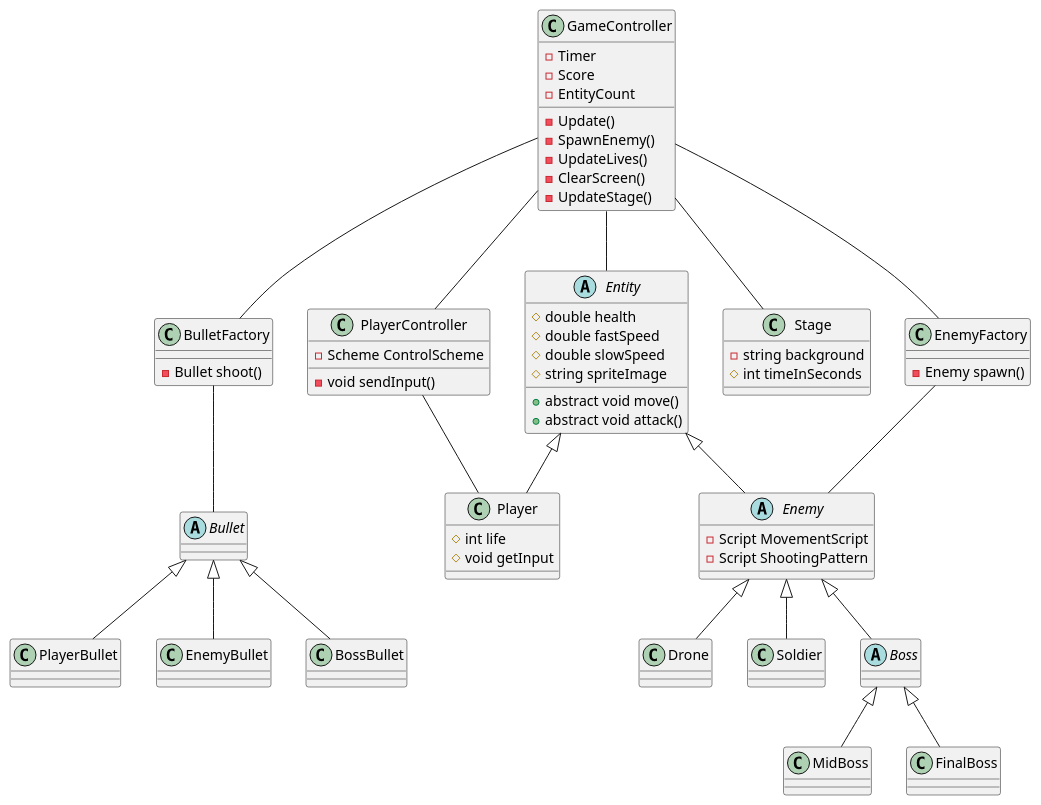
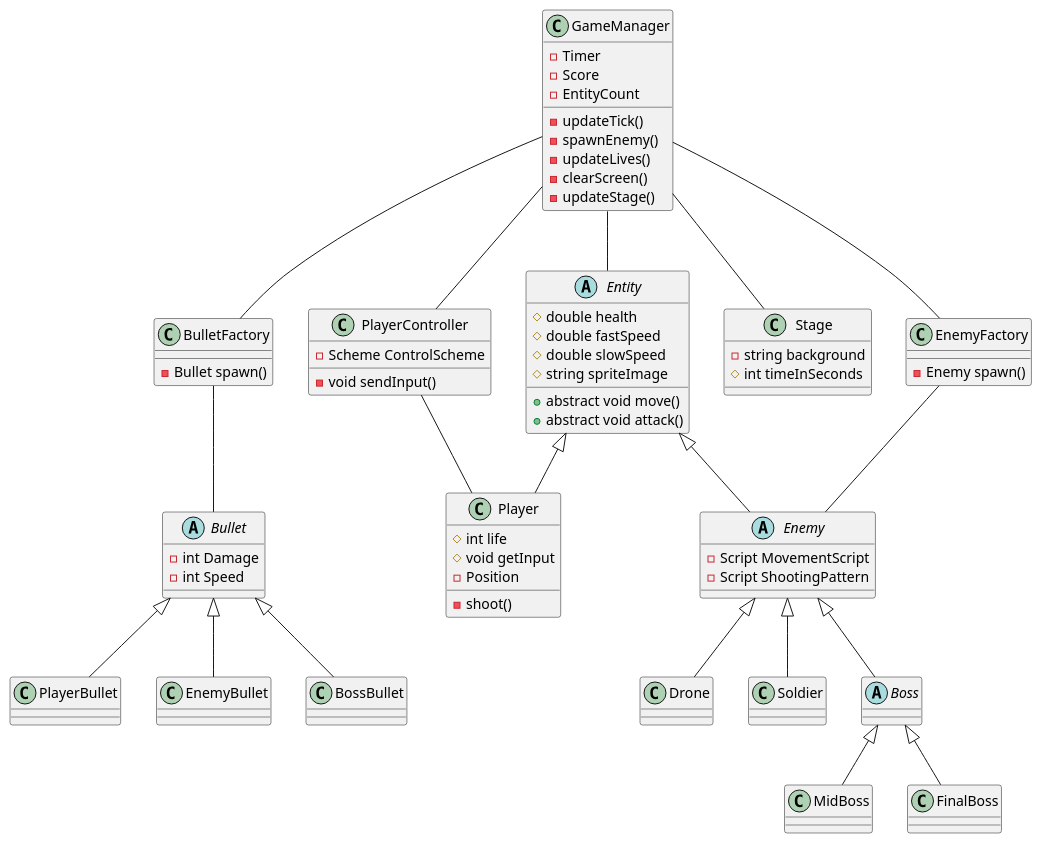
One commit to CalebLee99/FloridaFunTime changed the diagram in Diagrams and Documents/MS1-UML-Class Diagram.puml. Above: the diagram before and after it, drawn with PlantUML.

Commit message:
Update MS1-UML-Class Diagram.puml

```diff
--- a/Diagrams and Documents/MS1-UML-Class Diagram.puml
+++ b/Diagrams and Documents/MS1-UML-Class Diagram.puml
@@ -1,89 +1,94 @@
 @startuml
 /'
 Private   :  -
 Protected :  #
 public    :  + 
 '/
 abstract Entity
 Entity : #double health
 Entity : #double fastSpeed 
 Entity : #double slowSpeed 
 Entity : #string spriteImage
 
 Entity : +abstract void move()
 Entity : +abstract void attack()
 
 '--- God Class ---'
-class GameController
-GameController -- PlayerController
-GameController -- Entity
-GameController -- BulletFactory
-GameController -- Stage
-GameController : -Timer
-GameController : -Score
-GameController : -EntityCount
-GameController : -Update()
-GameController -- EnemyFactory
-GameController : -SpawnEnemy()
-GameController : -UpdateLives()
-GameController : -ClearScreen()
-GameController : -UpdateStage()
+class GameManager
+GameManager -- PlayerController
+GameManager -- Entity
+GameManager -- BulletFactory
+GameManager -- Stage
+GameManager : -Timer
+GameManager : -Score
+GameManager : -EntityCount
+GameManager : -updateTick()
+GameManager -- EnemyFactory
+GameManager : -spawnEnemy()
+GameManager : -updateLives()
+GameManager : -clearScreen()
+GameManager : -updateStage()
 
 '--- Player Stuff ---'
 class Player 
 Entity <|-- Player 
 Player : #int life
 Player : #void getInput
+Player : -Position
+Player : -shoot()
+
 
 class PlayerController
 PlayerController -- Player
 PlayerController : -Scheme ControlScheme 
 PlayerController : -void sendInput()
 '--- Enemy Stuff ---'
 abstract Enemy
 Entity <|-- Enemy
 Enemy : -Script MovementScript
 Enemy : -Script ShootingPattern
 
 class Drone
 Enemy <|-- Drone
 
 class Soldier
 Enemy <|-- Soldier
 
 abstract Boss
 Enemy <|-- Boss
 
 class MidBoss
 Boss <|-- MidBoss
 
 class FinalBoss
 Boss <|-- FinalBoss
 
 '--- Bullet Stuff ---'
 abstract Bullet
 BulletFactory -- Bullet
+Bullet : -int Damage
+Bullet : -int Speed
 
 class PlayerBullet
 Bullet <|-- PlayerBullet
 
 class EnemyBullet
 Bullet <|-- EnemyBullet
 
 class BossBullet
 Bullet <|-- BossBullet
 
 '--- Factory Stuff ---'
 class BulletFactory
-BulletFactory : -Bullet shoot()
+BulletFactory : -Bullet spawn()
 
 class EnemyFactory
 EnemyFactory -- Enemy
 EnemyFactory : -Enemy spawn()
 
 '--- Stage Stuff ---'
 class Stage
 Stage : -string background
 Stage : #int timeInSeconds 
 
 @enduml
```
